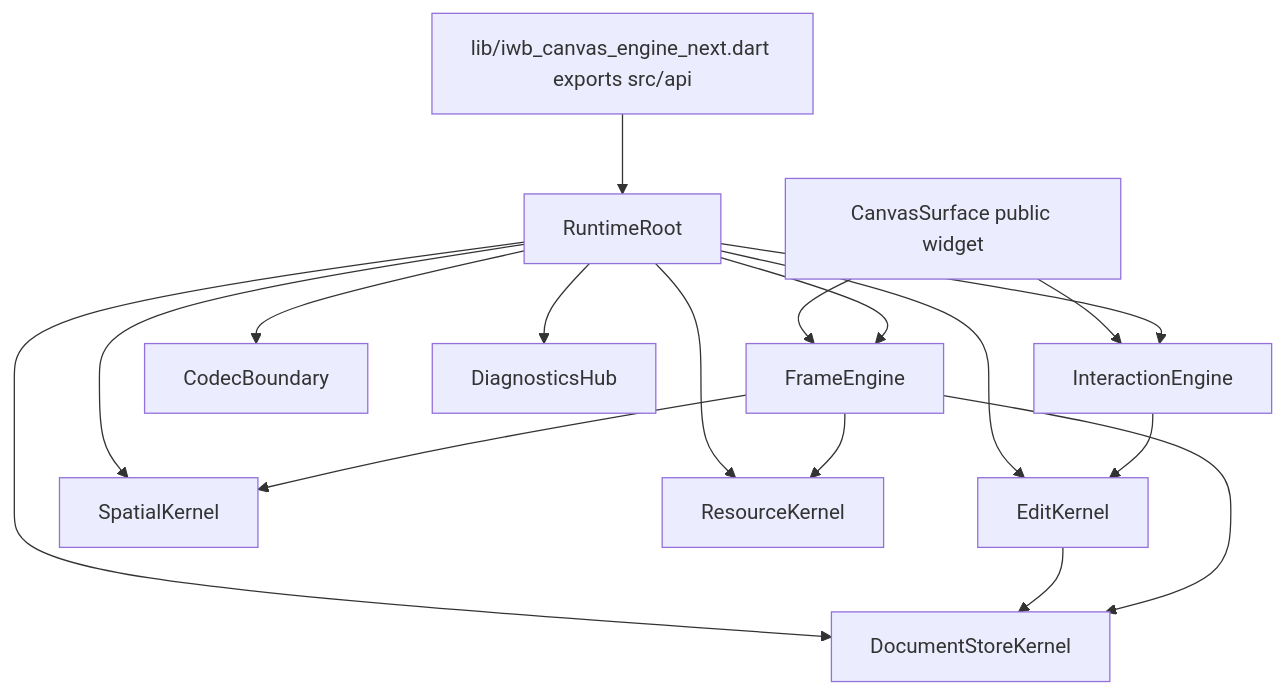
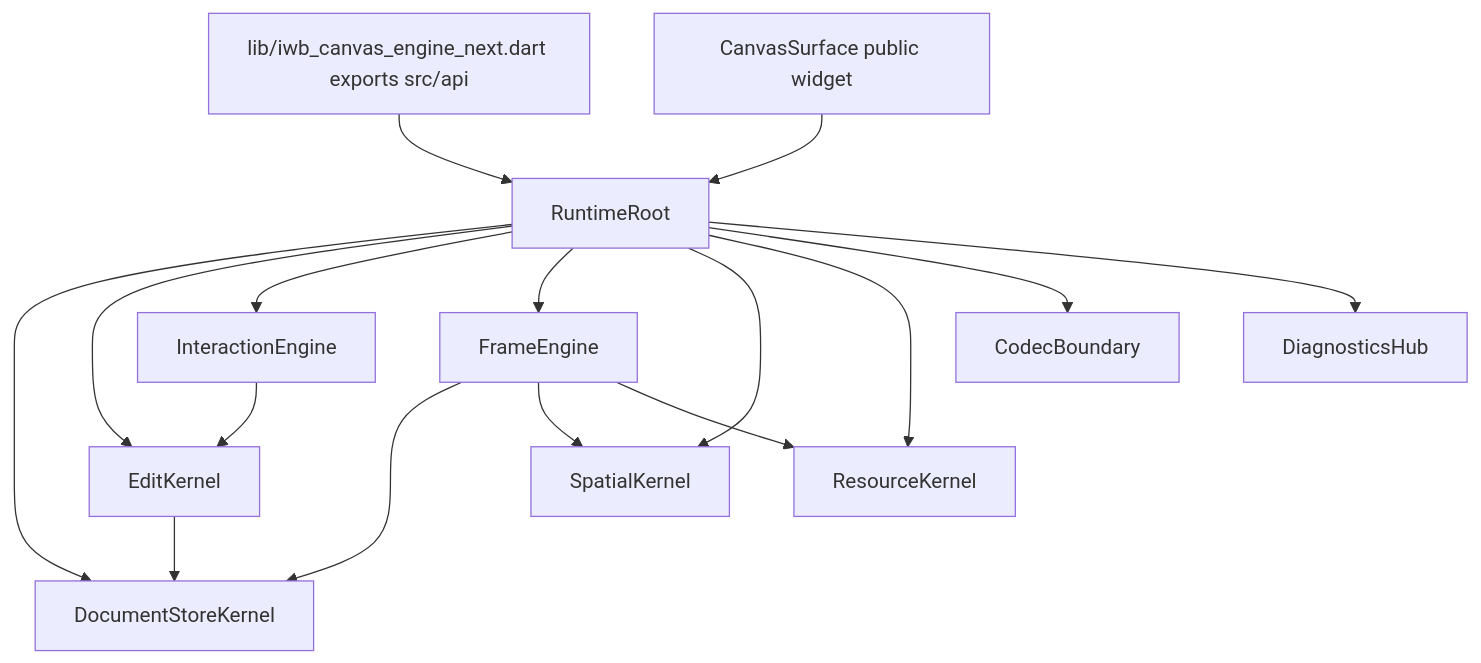
Before and after one commit to GreatPika/iwb_canvas_engine: the second of 2 diagrams in next/iwb_canvas_engine_next/docs/architecture/diagrams.md, drawn with Mermaid. The commit also changed 9 other files, not shown here.

First line of the commit message:
docs: align architecture diagrams with contracts

````diff
--- a/next/iwb_canvas_engine_next/docs/architecture/diagrams.md
+++ b/next/iwb_canvas_engine_next/docs/architecture/diagrams.md
@@ -87,19 +87,18 @@
 ```mermaid
 flowchart TB
   Public[lib/iwb_canvas_engine_next.dart exports src/api] --> RuntimeRoot
-  Surface[CanvasSurface public widget] --> FrameEngine
-  Surface --> InteractionEngine
+  Surface[CanvasSurface public widget] --> RuntimeRoot
   RuntimeRoot --> Store[DocumentStoreKernel]
   RuntimeRoot --> Edit[EditKernel]
   RuntimeRoot --> InteractionEngine
   RuntimeRoot --> FrameEngine
   RuntimeRoot --> Spatial[SpatialKernel]
   RuntimeRoot --> Resource[ResourceKernel]
   RuntimeRoot --> Codec[CodecBoundary]
   RuntimeRoot --> Diagnostics[DiagnosticsHub]
   Edit --> Store
   FrameEngine --> Store
   FrameEngine --> Spatial
   FrameEngine --> Resource
   InteractionEngine --> Edit
 ```
````
